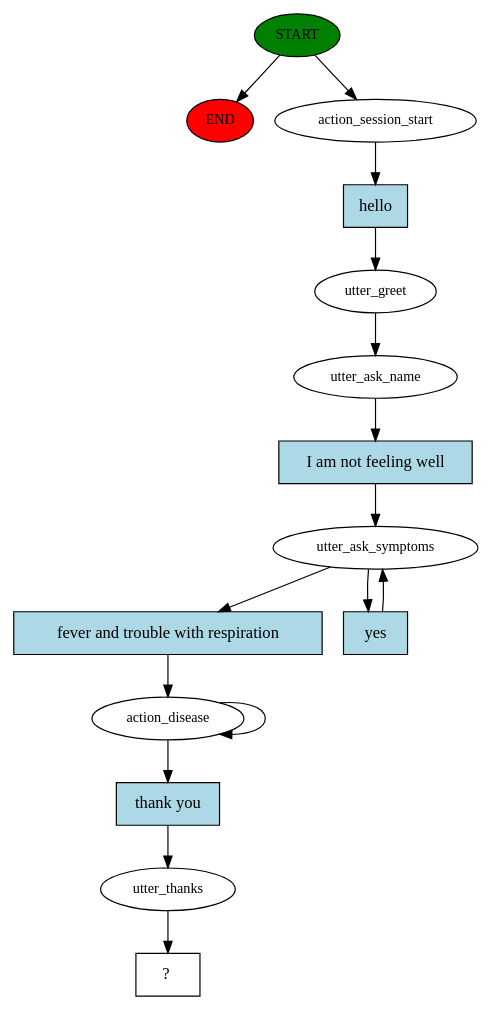
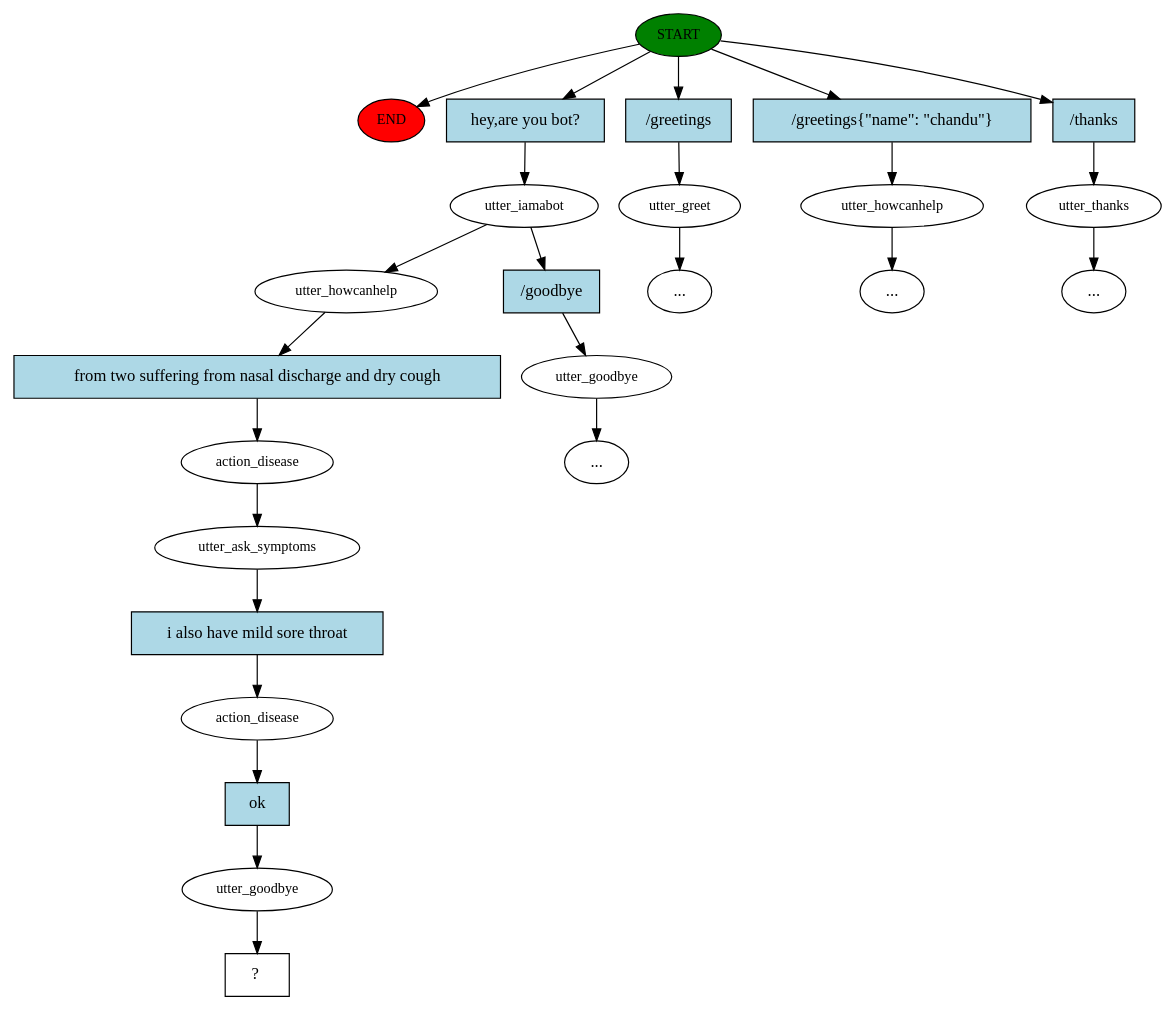
The diagram in story_graph.dot (ajmateti/rabot), drawn with Graphviz before and after one commit. The commit also changed 41 other files, not shown here.

```diff
--- a/story_graph.dot
+++ b/story_graph.dot
@@ -1,31 +1,51 @@
 digraph  {
 0 [class="start active", fillcolor=green, fontsize=12, label=START, style=filled];
 "-1" [class=end, fillcolor=red, fontsize=12, label=END, style=filled];
-1 [class=active, fontsize=12, label=action_session_start];
-2 [class=active, fontsize=12, label=utter_greet];
-3 [class=active, fontsize=12, label=utter_ask_name];
-4 [class=active, fontsize=12, label=utter_ask_symptoms];
-6 [class=active, fontsize=12, label=action_disease];
-8 [class=active, fontsize=12, label=utter_thanks];
-9 [class="intent dashed active", label="  ?  ", shape=rect];
-10 [class="intent active", fillcolor=lightblue, label=hello, shape=rect, style=filled];
-11 [class="intent active", fillcolor=lightblue, label="I am not feeling well", shape=rect, style=filled];
-12 [class="intent active", fillcolor=lightblue, label="fever and trouble with respiration", shape=rect, style=filled];
-13 [class="intent active", fillcolor=lightblue, label=yes, shape=rect, style=filled];
-14 [class="intent active", fillcolor=lightblue, label="thank you", shape=rect, style=filled];
+1 [class=active, fontsize=12, label=utter_iamabot];
+2 [class="", fontsize=12, label=utter_goodbye];
+"-3" [class=ellipsis, label="..."];
+3 [class="", fontsize=12, label=utter_greet];
+5 [class="", fontsize=12, label=utter_howcanhelp];
+8 [class="", fontsize=12, label=utter_thanks];
+"-9" [class=ellipsis, label="..."];
+"-13" [class=ellipsis, label="..."];
+"-16" [class=ellipsis, label="..."];
+17 [class=active, fontsize=12, label=utter_howcanhelp];
+18 [class=active, fontsize=12, label=action_disease];
+19 [class=active, fontsize=12, label=utter_ask_symptoms];
+20 [class=active, fontsize=12, label=action_disease];
+21 [class=active, fontsize=12, label=utter_goodbye];
+22 [class="intent dashed active", label="  ?  ", shape=rect];
+23 [class="intent active", fillcolor=lightblue, label="hey,are you bot?", shape=rect, style=filled];
+24 [class=intent, fillcolor=lightblue, label="/greetings", shape=rect, style=filled];
+25 [class=intent, fillcolor=lightblue, label="/greetings{\"name\": \"chandu\"}", shape=rect, style=filled];
+26 [class=intent, fillcolor=lightblue, label="/thanks", shape=rect, style=filled];
+27 [class=intent, fillcolor=lightblue, label="/goodbye", shape=rect, style=filled];
+28 [class="intent active", fillcolor=lightblue, label="from two suffering from nasal discharge and dry cough", shape=rect, style=filled];
+29 [class="intent active", fillcolor=lightblue, label="i also have mild sore throat", shape=rect, style=filled];
+30 [class="intent active", fillcolor=lightblue, label=ok, shape=rect, style=filled];
 0 -> "-1"  [class="", key=NONE, label=""];
-0 -> 1  [class=active, key=NONE, label=""];
-1 -> 10  [class=active, key=0];
-2 -> 3  [class=active, key=NONE, label=""];
-3 -> 11  [class=active, key=0];
-4 -> 12  [class=active, key=0];
-4 -> 13  [class=active, key=0];
-6 -> 6  [class=active, key=NONE, label=""];
-6 -> 14  [class=active, key=0];
-8 -> 9  [class=active, key=NONE, label=""];
-10 -> 2  [class=active, key=0];
-11 -> 4  [class=active, key=0];
-12 -> 6  [class=active, key=0];
-13 -> 4  [class=active, key=0];
-14 -> 8  [class=active, key=0];
+0 -> 23  [class=active, key=0];
+0 -> 24  [class="", key=0];
+0 -> 25  [class="", key=0];
+0 -> 26  [class="", key=0];
+1 -> 17  [class=active, key=NONE, label=""];
+1 -> 27  [class="", key=0];
+2 -> "-3"  [class="", key=NONE, label=""];
+3 -> "-16"  [class="", key=NONE, label=""];
+5 -> "-13"  [class="", key=NONE, label=""];
+8 -> "-9"  [class="", key=NONE, label=""];
+17 -> 28  [class=active, key=0];
+18 -> 19  [class=active, key=NONE, label=""];
+19 -> 29  [class=active, key=0];
+20 -> 30  [class=active, key=0];
+21 -> 22  [class=active, key=NONE, label=""];
+23 -> 1  [class=active, key=0];
+24 -> 3  [class="", key=0];
+25 -> 5  [class="", key=0];
+26 -> 8  [class="", key=0];
+27 -> 2  [class="", key=0];
+28 -> 18  [class=active, key=0];
+29 -> 20  [class=active, key=0];
+30 -> 21  [class=active, key=0];
 }
```
